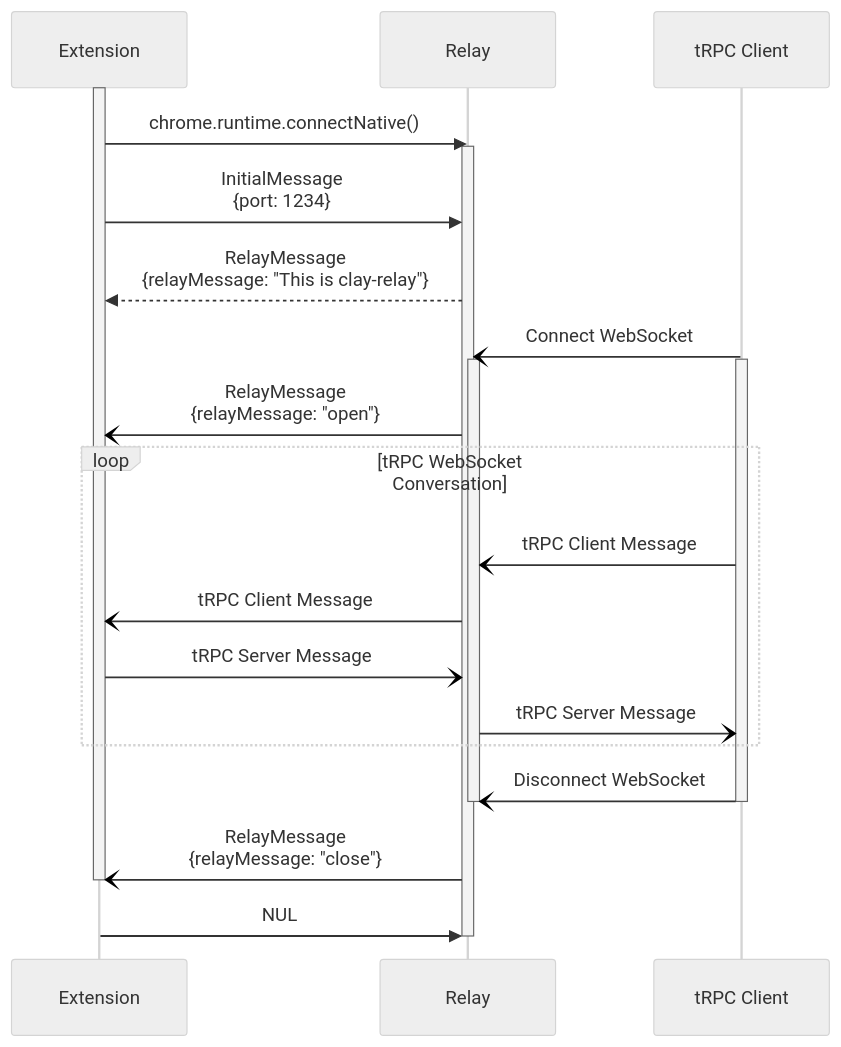
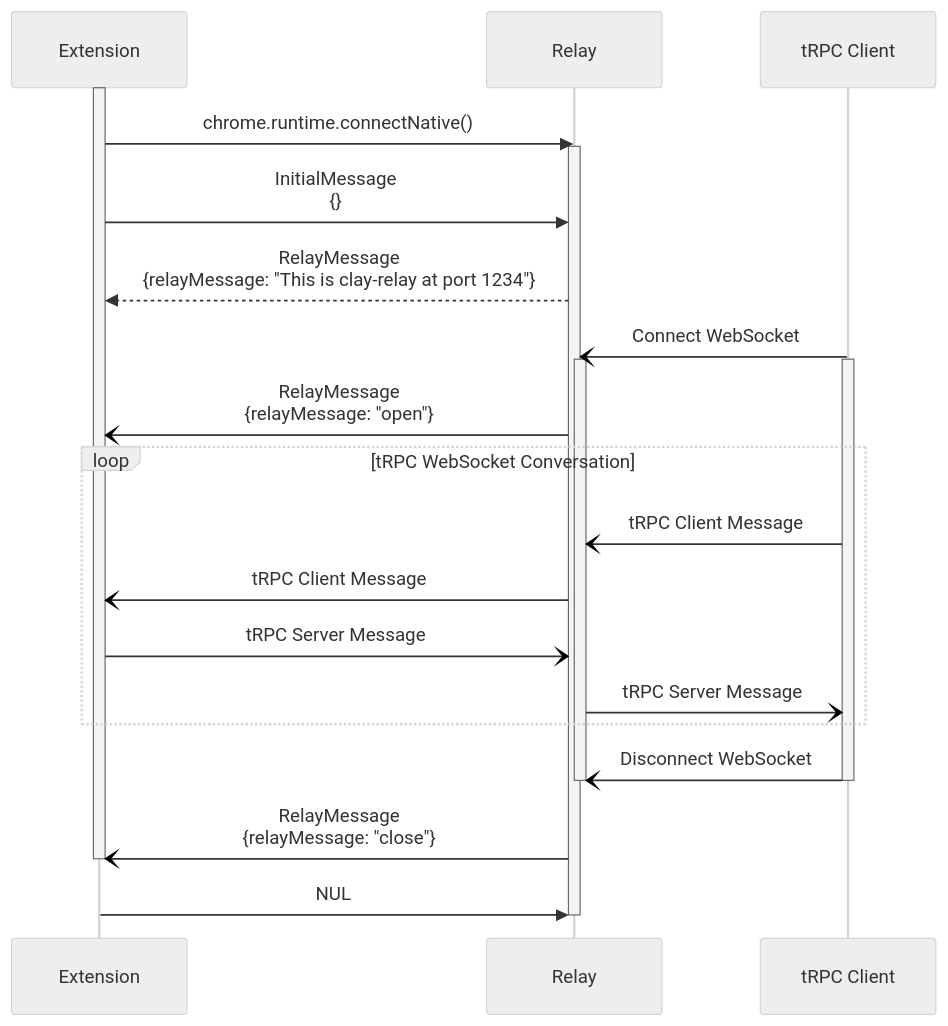
Before and after one commit to kenty02/clay-relay: the diagram in README.md, drawn with Mermaid (neutral theme). The commit also changed 1 other file, not shown here.

Commit message:
fix to relay determines port

````diff
--- a/README.md
+++ b/README.md
@@ -3,27 +3,27 @@
 ```mermaid
 sequenceDiagram
     activate Extension
     Extension->>Relay: chrome.runtime.connectNative()
     activate Relay
-    Extension->>Relay: InitialMessage<br>{port: 1234}
-    Relay-->>Extension: RelayMessage<br>{relayMessage: "This is clay-relay"}
+    Extension->>Relay: InitialMessage<br>{}
+    Relay-->>Extension: RelayMessage<br>{relayMessage: "This is clay-relay at port 1234"}
     
     tRPC Client-)Relay: Connect WebSocket
     activate Relay
     activate tRPC Client
     Relay-)Extension: RelayMessage<br>{relayMessage: "open"}
     loop tRPC WebSocket Conversation
         tRPC Client-)Relay: tRPC Client Message
         Relay-)Extension: tRPC Client Message
         Extension-)Relay: tRPC Server Message
         Relay-)tRPC Client: tRPC Server Message
      end
     tRPC Client-)Relay: Disconnect WebSocket
     deactivate Relay
     deactivate tRPC Client
     Relay-)Extension: RelayMessage<br>{relayMessage: "close"}
     
     deactivate Extension
     Extension->>Relay: NUL
     deactivate Relay
 ```
````
